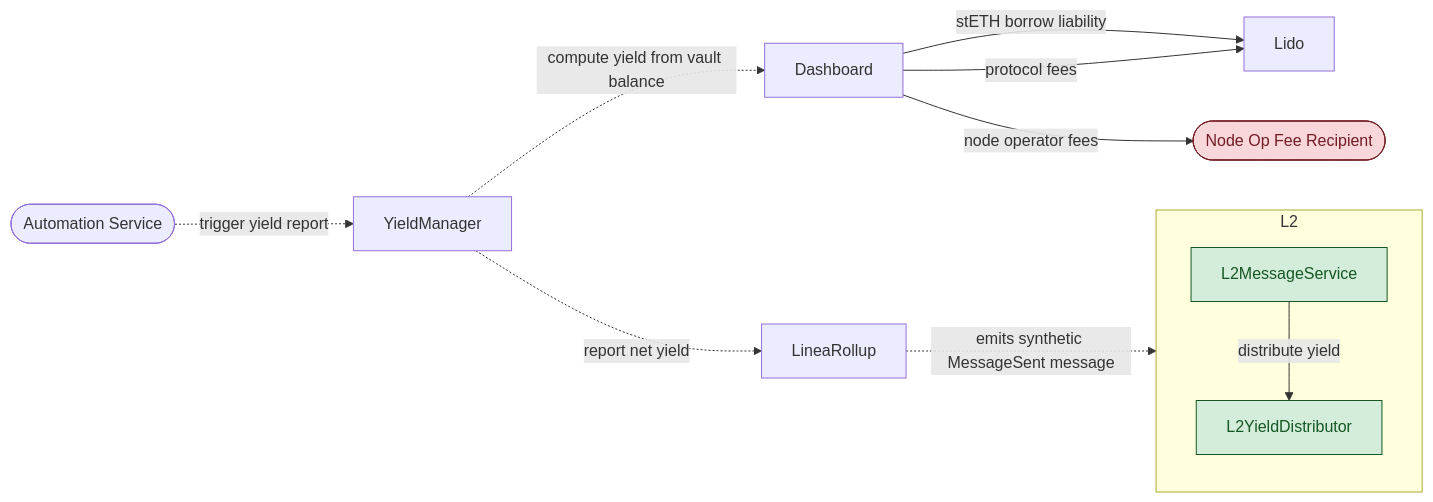
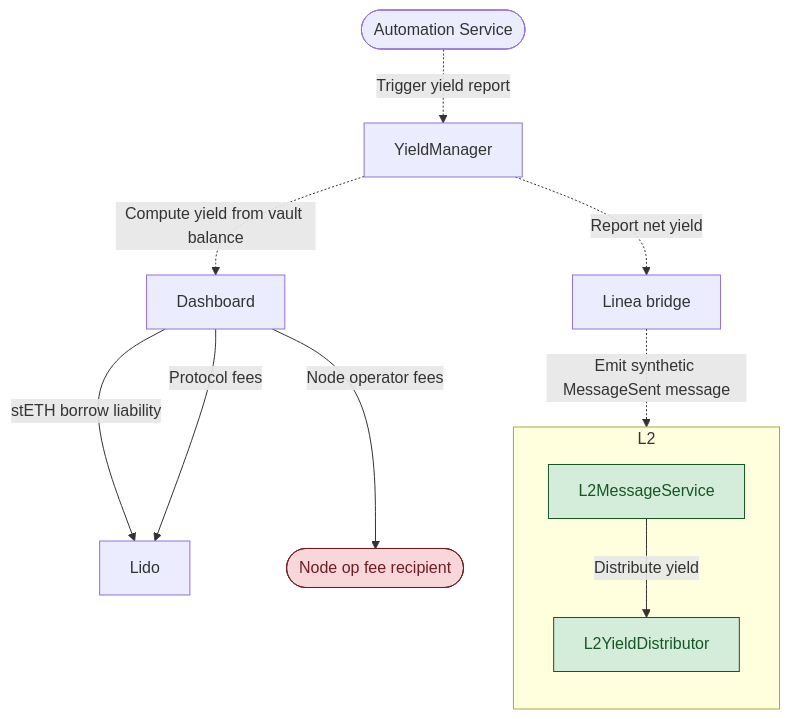
One commit to Consensys/doc.linea changed the second of 8 diagrams in docs/protocol/yield-boost-architecture.mdx. Above: the diagram before and after it, drawn with Mermaid. The commit also changed other lines of this file, not shown here.

````diff
--- a/docs/protocol/yield-boost-architecture.mdx
+++ b/docs/protocol/yield-boost-architecture.mdx
@@ -98,22 +99,22 @@
 ```mermaid
-flowchart LR
+flowchart TB
     subgraph L2["L2"]
       direction TB
       L2MS[L2MessageService]
       L2YD[L2YieldDistributor]
     end
-    Auto([Automation Service]) -.->|trigger yield report| YM[YieldManager]
-    YM -.->|compute yield from vault balance| DB[Dashboard]
+    Auto([Automation Service]) -.->|Trigger yield report| YM[YieldManager]
+    YM -.->|Compute yield from vault balance| DB[Dashboard]
     DB -->|stETH borrow liability| Lido[Lido]
-    DB -->|protocol fees| Lido
-    DB -->|node operator fees| FeeRecipient([Node Op Fee Recipient])
-    YM -.->|report net yield| LR[LineaRollup]
-    LR -.->|emits synthetic MessageSent message| L2MS[L2MessageService]
-    L2MS -->|distribute yield| L2YD[L2YieldDistributor]
+    DB -->|Protocol fees| Lido
+    DB -->|Node operator fees| FeeRecipient([Node op fee recipient])
+    YM -.->|Report net yield| LR[Linea bridge]
+    LR -.->|Emit synthetic MessageSent message| L2MS[L2MessageService]
+    L2MS -->|Distribute yield| L2YD[L2YieldDistributor]
 
     classDef l2 fill:#d4edda,stroke:#155724,stroke-width:1px,color:#155724
     classDef admin fill:#f8d7da,stroke:#721c24,stroke-width:1px,color:#721c24
 
     class L2MS,L2YD l2
     class FeeRecipient admin
 ```
````
